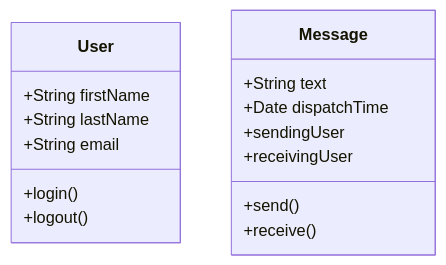
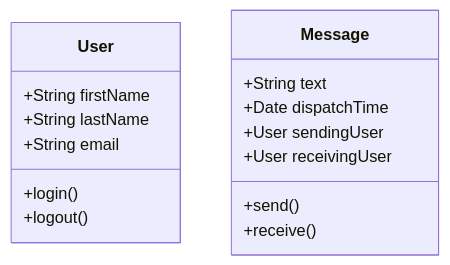
Before and after one commit to Korius668/ChatApp: the second of 3 diagrams in README.md, drawn with Mermaid. The commit also changed other lines of this file, not shown here.

````diff
--- a/README.md
+++ b/README.md
@@ -62,18 +60,18 @@
 ```mermaid
 classDiagram
     class User {
         +String firstName
         +String lastName
         +String email
         +login()
         +logout()
     }
     class Message {
         +String text
         +Date dispatchTime
-        +sendingUser
-        +receivingUser
+        +User sendingUser
+        +User receivingUser
         +send()
         +receive()
     }
 ```
````
